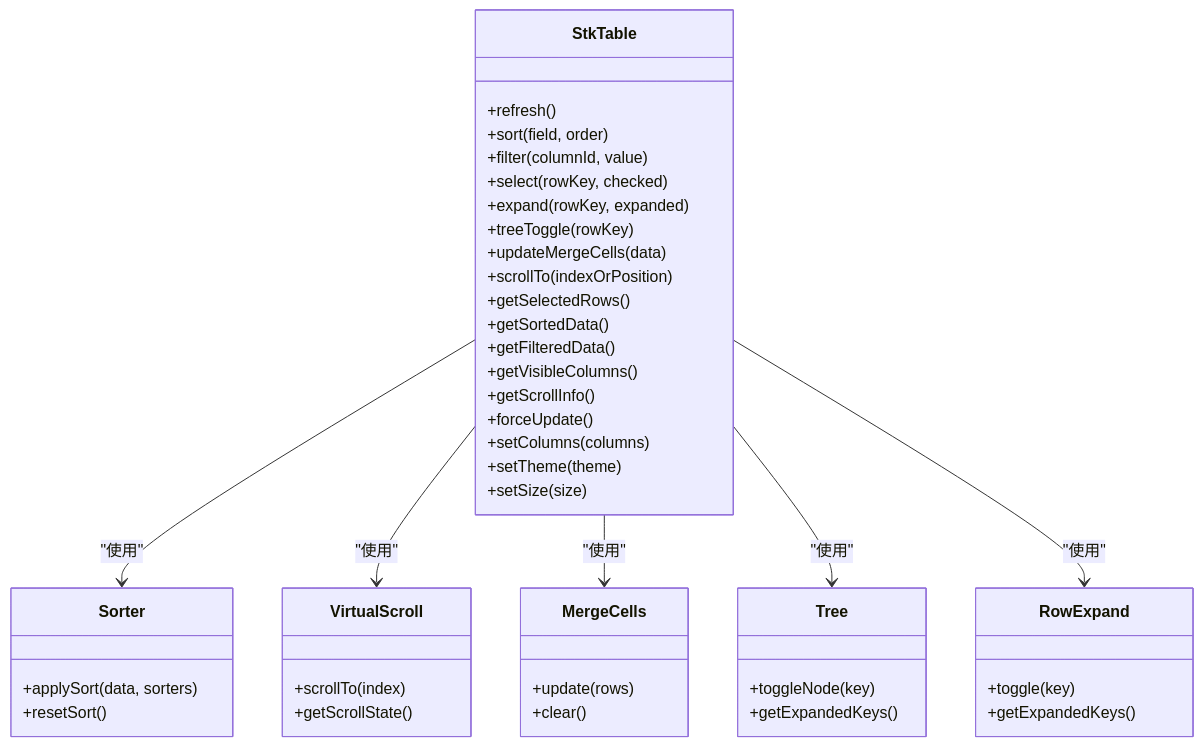
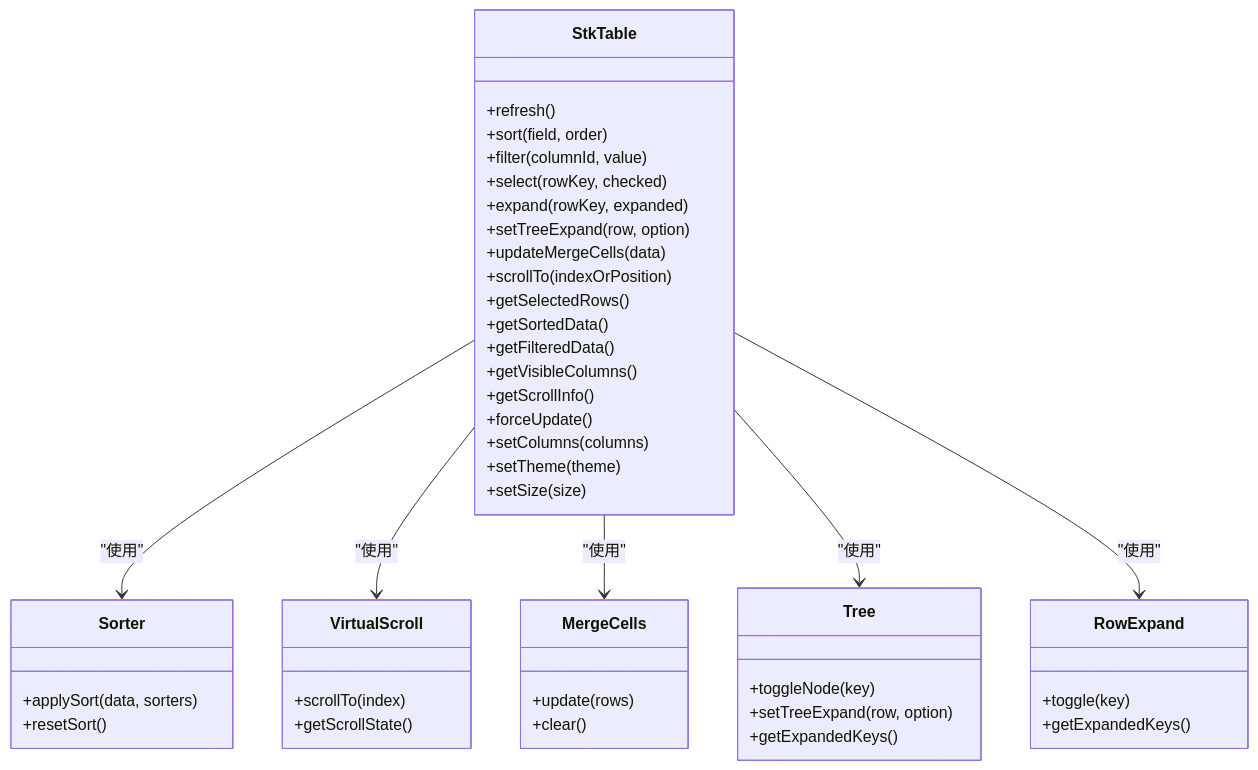
Before and after one commit to ja-plus/stk-table-vue: the second of 3 diagrams in .qoder/repowiki/zh/content/API 参考/暴露方法 (Expose Methods).md, drawn with Mermaid. The commit also changed other lines of this file and 6 other files, not shown here.

Commit message:
fix: `setTreeExpand` &  setRowExpand` number rowKey

````diff
--- a/.qoder/repowiki/zh/content/API 参考/暴露方法 (Expose Methods).md
+++ b/.qoder/repowiki/zh/content/API 参考/暴露方法 (Expose Methods).md
@@ -73,47 +82,48 @@
 ```mermaid
 classDiagram
 class StkTable {
 +refresh()
 +sort(field, order)
 +filter(columnId, value)
 +select(rowKey, checked)
 +expand(rowKey, expanded)
-+treeToggle(rowKey)
++setTreeExpand(row, option)
 +updateMergeCells(data)
 +scrollTo(indexOrPosition)
 +getSelectedRows()
 +getSortedData()
 +getFilteredData()
 +getVisibleColumns()
 +getScrollInfo()
 +forceUpdate()
 +setColumns(columns)
 +setTheme(theme)
 +setSize(size)
 }
 class Sorter {
 +applySort(data, sorters)
 +resetSort()
 }
 class VirtualScroll {
 +scrollTo(index)
 +getScrollState()
 }
 class MergeCells {
 +update(rows)
 +clear()
 }
 class Tree {
 +toggleNode(key)
++setTreeExpand(row, option)
 +getExpandedKeys()
 }
 class RowExpand {
 +toggle(key)
 +getExpandedKeys()
 }
 StkTable --> Sorter : "使用"
 StkTable --> VirtualScroll : "使用"
 StkTable --> MergeCells : "使用"
 StkTable --> Tree : "使用"
 StkTable --> RowExpand : "使用"
 ```
````
